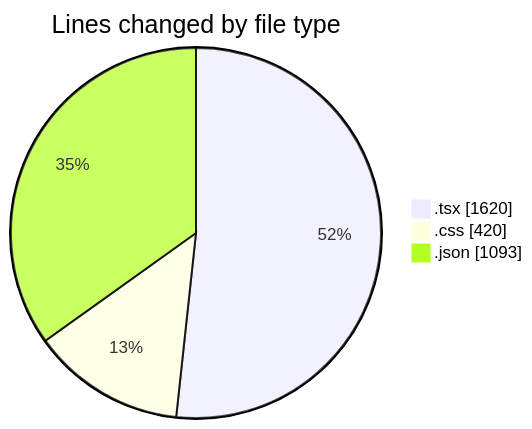
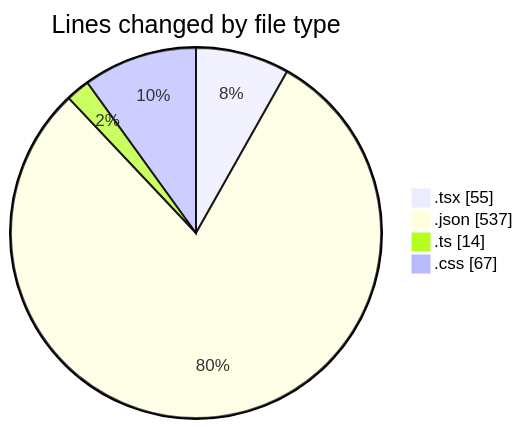
The first of 2 diagrams in 2025-08-04/tw-server/README.md (EIIisD/code-tracking), drawn with Mermaid before and after one commit. The commit also changed other lines of this file and 1 other file, not shown here.

````diff
--- a/2025-08-04/tw-server/README.md
+++ b/2025-08-04/tw-server/README.md
@@ -28,7 +23,8 @@
 ```mermaid
 pie showData
 title Lines changed by file type
-".tsx" : 1620
-".css" : 420
-".json" : 1093
+".tsx" : 55
+".json" : 537
+".ts" : 14
+".css" : 67
 ```
````
